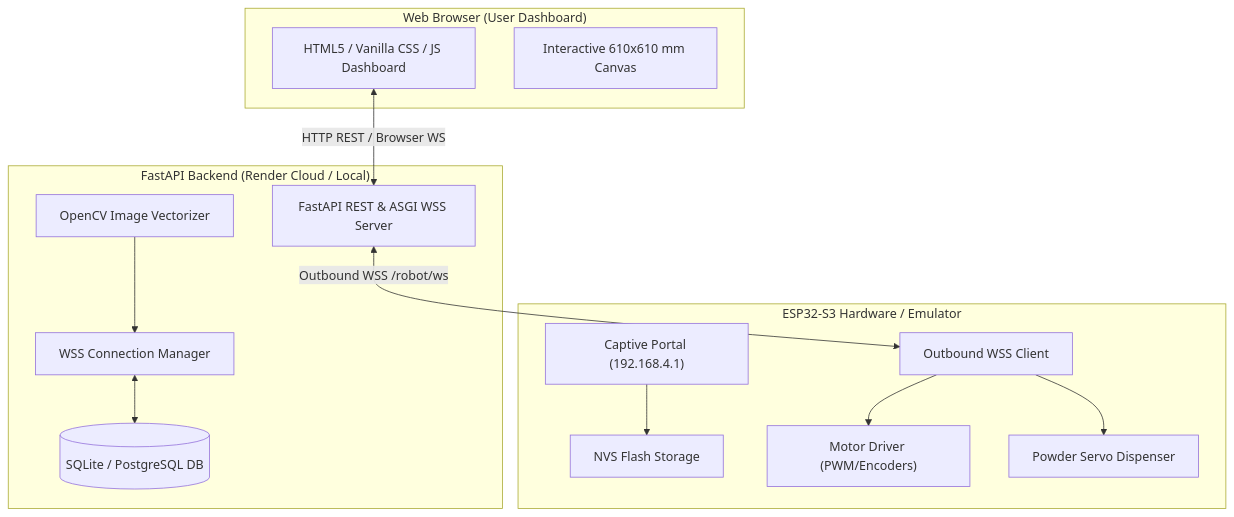
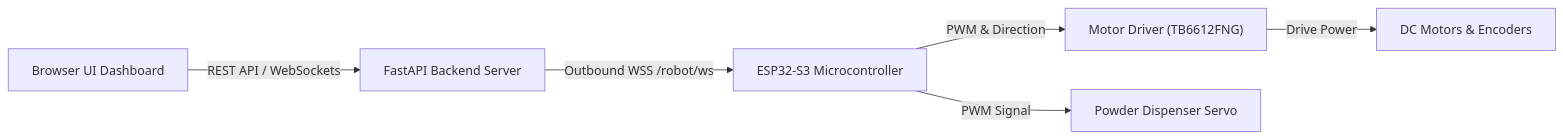
One commit to harshatk07/rangoli-robot changed the first of 2 diagrams in README.md. Above: the diagram before and after it, drawn with Mermaid. The commit also changed other lines of this file and 1 other file, not shown here.

Commit message:
docs: polish README.md with high-res UI preview images, Project Status matrix, and Mermaid diagrams

````diff
--- a/README.md
+++ b/README.md
@@ -86,30 +82,8 @@
 ```mermaid
-graph TD
-    subgraph Browser ["Web Browser (User Dashboard)"]
-        UI["HTML5 / Vanilla CSS / JS Dashboard"]
-        Canvas["Interactive 610x610 mm Canvas"]
-    end
-
-    subgraph Backend ["FastAPI Backend (Render Cloud / Local)"]
-        API["FastAPI REST & ASGI WSS Server"]
-        CV["OpenCV Image Vectorizer"]
-        DB[(SQLite / PostgreSQL DB)]
-        Manager["WSS Connection Manager"]
-    end
-
-    subgraph ESP32 ["ESP32-S3 Hardware / Emulator"]
-        WSS_Client["Outbound WSS Client"]
-        NVS["NVS Flash Storage"]
-        CP["Captive Portal (192.168.4.1)"]
-        Motors["Motor Driver (PWM/Encoders)"]
-        Servo["Powder Servo Dispenser"]
-    end
-
-    UI <-->|HTTP REST / Browser WS| API
-    API <-->|Outbound WSS /robot/ws| WSS_Client
-    Manager <--> DB
-    CV --> Manager
-    WSS_Client --> Motors
-    WSS_Client --> Servo
-    CP --> NVS
+graph LR
+    Browser["Browser UI Dashboard"] -->|REST API / WebSockets| FastAPI["FastAPI Backend Server"]
+    FastAPI -->|Outbound WSS /robot/ws| ESP32["ESP32-S3 Microcontroller"]
+    ESP32 -->|PWM & Direction| Driver["Motor Driver (TB6612FNG)"]
+    Driver -->|Drive Power| Motors["DC Motors & Encoders"]
+    ESP32 -->|PWM Signal| Servo["Powder Dispenser Servo"]
 ```
````
